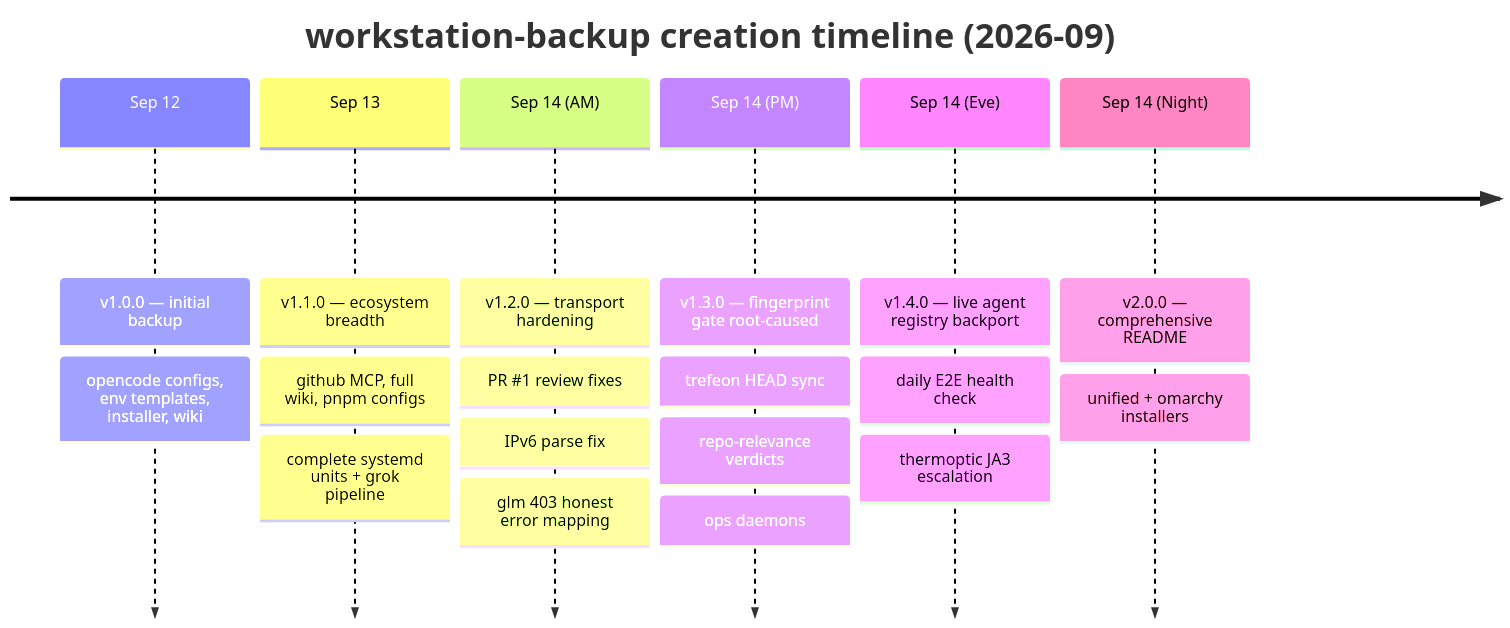
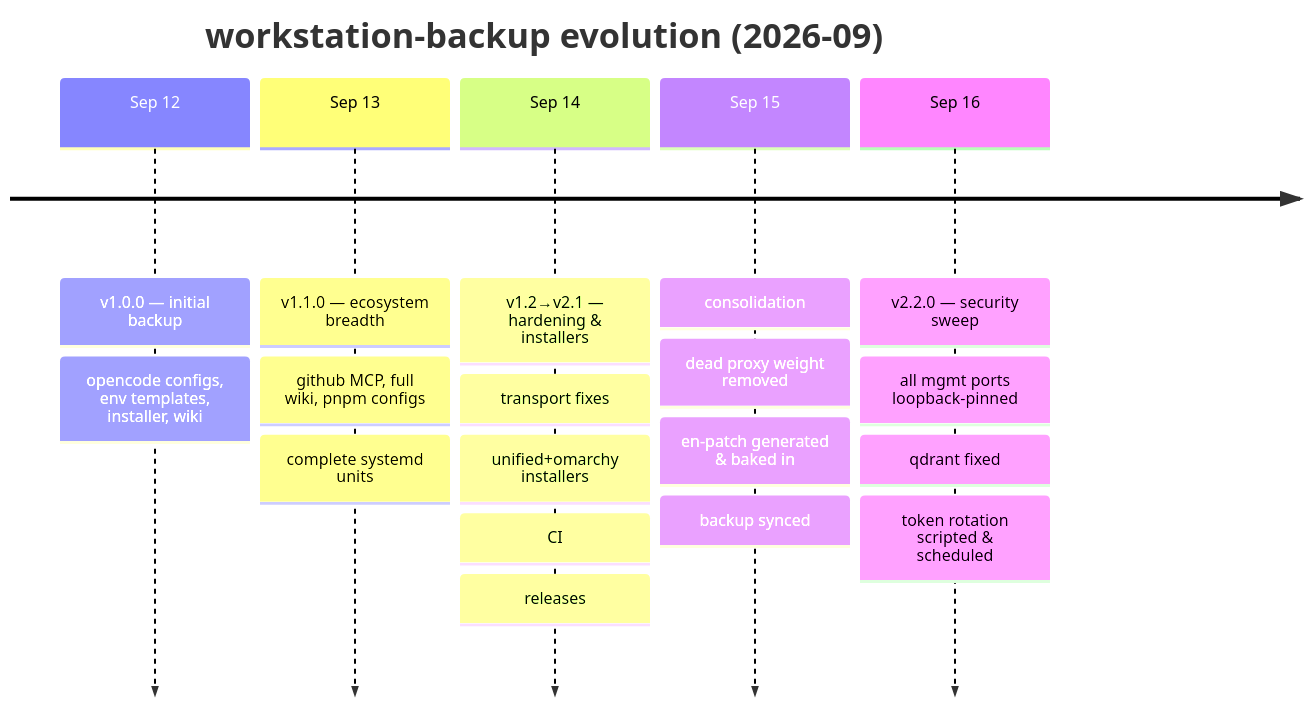
One commit to marktantongco/workstation-backup changed the first of 2 diagrams in README.md. Above: the diagram before and after it, drawn with Mermaid. The commit also changed other lines of this file, not shown here.

First line of the commit message:
README v2.2.0: final production state after the Sep-16 security sweep

````diff
--- a/README.md
+++ b/README.md
@@ -80,10 +144,9 @@
 ```mermaid
 timeline
-    title workstation-backup creation timeline (2026-09)
+    title workstation-backup evolution (2026-09)
     Sep 12 : v1.0.0 — initial backup : opencode configs, env templates, installer, wiki
-    Sep 13 : v1.1.0 — ecosystem breadth : github MCP, full wiki, pnpm configs : complete systemd units + grok pipeline
-    Sep 14 (AM) : v1.2.0 — transport hardening : PR #1 review fixes : IPv6 parse fix : glm 403 honest error mapping
-    Sep 14 (PM) : v1.3.0 — fingerprint gate root-caused : trefeon HEAD sync : repo-relevance verdicts : ops daemons
-    Sep 14 (Eve) : v1.4.0 — live agent registry backport : daily E2E health check : thermoptic JA3 escalation
-    Sep 14 (Night) : v2.0.0 — comprehensive README : unified + omarchy installers
+    Sep 13 : v1.1.0 — ecosystem breadth : github MCP, full wiki, pnpm configs : complete systemd units
+    Sep 14 : v1.2→v2.1 — hardening & installers : transport fixes : unified+omarchy installers : CI : releases
+    Sep 15 : consolidation : dead proxy weight removed : en-patch generated & baked in : backup synced
+    Sep 16 : v2.2.0 — security sweep : all mgmt ports loopback-pinned : qdrant fixed : token rotation scripted & scheduled
 ```
````
